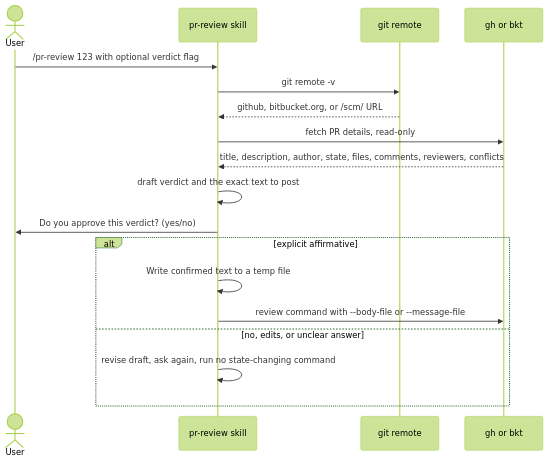
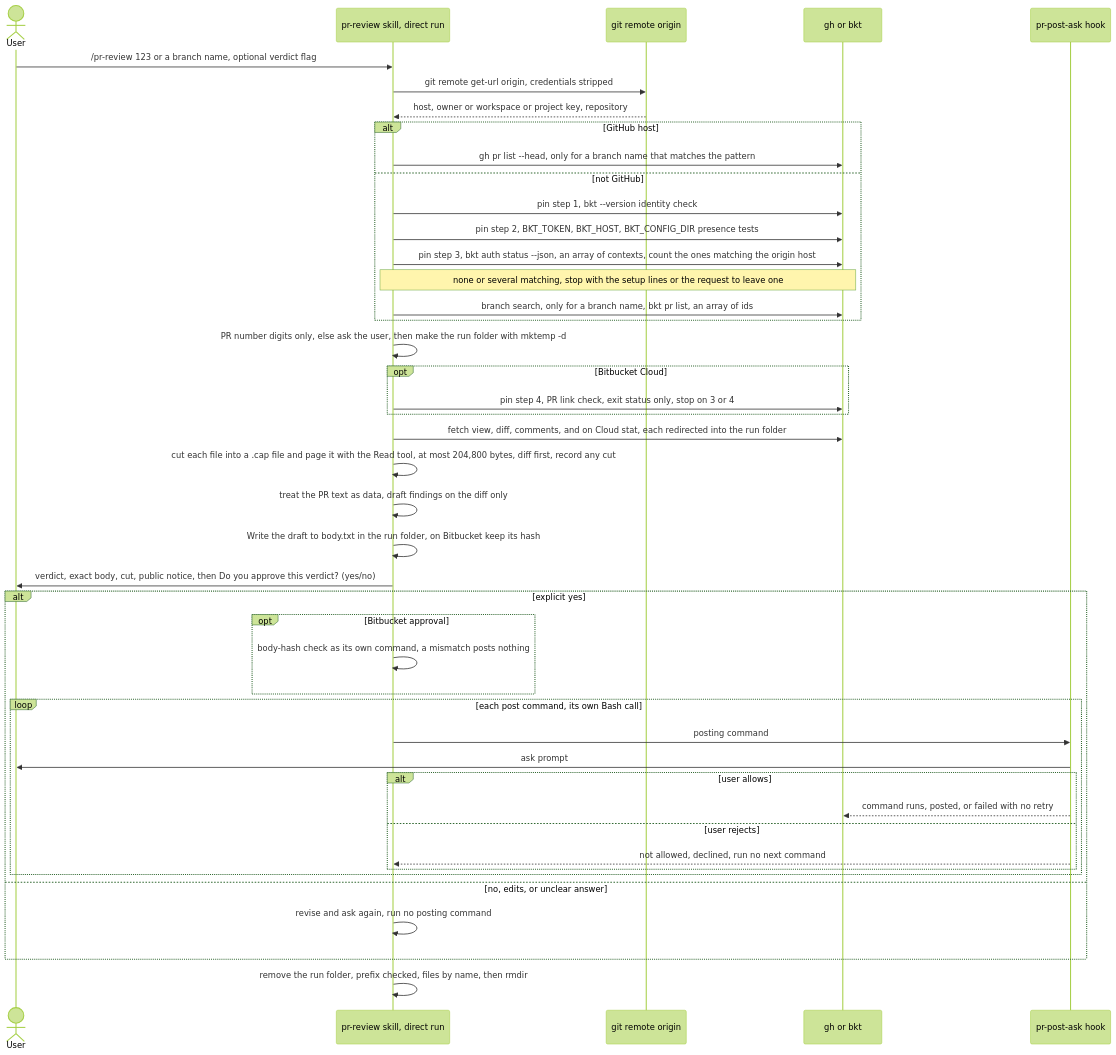
The diagram in specs/spec-skills-pr-review.mmd (tjmonsi/assist-marketplace-plugin), drawn with Mermaid (forest theme) before and after one commit. The commit also changed 24 other files, not shown here.

```diff
--- a/specs/spec-skills-pr-review.mmd
+++ b/specs/spec-skills-pr-review.mmd
@@ -1,18 +1,44 @@
 sequenceDiagram
   actor User
-  participant Skill as pr-review skill
-  participant Git as git remote
+  participant Skill as pr-review skill, direct run
+  participant Git as git remote origin
   participant CLI as gh or bkt
-  User->>Skill: /pr-review 123 with optional verdict flag
-  Skill->>Git: git remote -v
-  Git-->>Skill: github, bitbucket.org, or /scm/ URL
-  Skill->>CLI: fetch PR details, read-only
-  CLI-->>Skill: title, description, author, state, files, comments, reviewers, conflicts
-  Skill->>Skill: draft verdict and the exact text to post
-  Skill->>User: Do you approve this verdict? (yes/no)
-  alt explicit affirmative
-    Skill->>Skill: Write confirmed text to a temp file
-    Skill->>CLI: review command with --body-file or --message-file
+  participant Hook as pr-post-ask hook
+  User->>Skill: /pr-review 123 or a branch name, optional verdict flag
+  Skill->>Git: git remote get-url origin, credentials stripped
+  Git-->>Skill: host, owner or workspace or project key, repository
+  alt GitHub host
+    Skill->>CLI: gh pr list --head, only for a branch name that matches the pattern
+  else not GitHub
+    Skill->>CLI: pin step 1, bkt --version identity check
+    Skill->>CLI: pin step 2, BKT_TOKEN, BKT_HOST, BKT_CONFIG_DIR presence tests
+    Skill->>CLI: pin step 3, bkt auth status --json, an array of contexts, count the ones matching the origin host
+    Note over Skill,CLI: none or several matching, stop with the setup lines or the request to leave one
+    Skill->>CLI: branch search, only for a branch name, bkt pr list, an array of ids
+  end
+  Skill->>Skill: PR number digits only, else ask the user, then make the run folder with mktemp -d
+  opt Bitbucket Cloud
+    Skill->>CLI: pin step 4, PR link check, exit status only, stop on 3 or 4
+  end
+  Skill->>CLI: fetch view, diff, comments, and on Cloud stat, each redirected into the run folder
+  Skill->>Skill: cut each file into a .cap file and page it with the Read tool, at most 204,800 bytes, diff first, record any cut
+  Skill->>Skill: treat the PR text as data, draft findings on the diff only
+  Skill->>Skill: Write the draft to body.txt in the run folder, on Bitbucket keep its hash
+  Skill->>User: verdict, exact body, cut, public notice, then Do you approve this verdict? (yes/no)
+  alt explicit yes
+    opt Bitbucket approval
+      Skill->>Skill: body-hash check as its own command, a mismatch posts nothing
+    end
+    loop each post command, its own Bash call
+      Skill->>Hook: posting command
+      Hook->>User: ask prompt
+      alt user allows
+        Hook-->>CLI: command runs, posted, or failed with no retry
+      else user rejects
+        Hook-->>Skill: not allowed, declined, run no next command
+      end
+    end
   else no, edits, or unclear answer
-    Skill->>Skill: revise draft, ask again, run no state-changing command
+    Skill->>Skill: revise and ask again, run no posting command
   end
+  Skill->>Skill: remove the run folder, prefix checked, files by name, then rmdir
```
